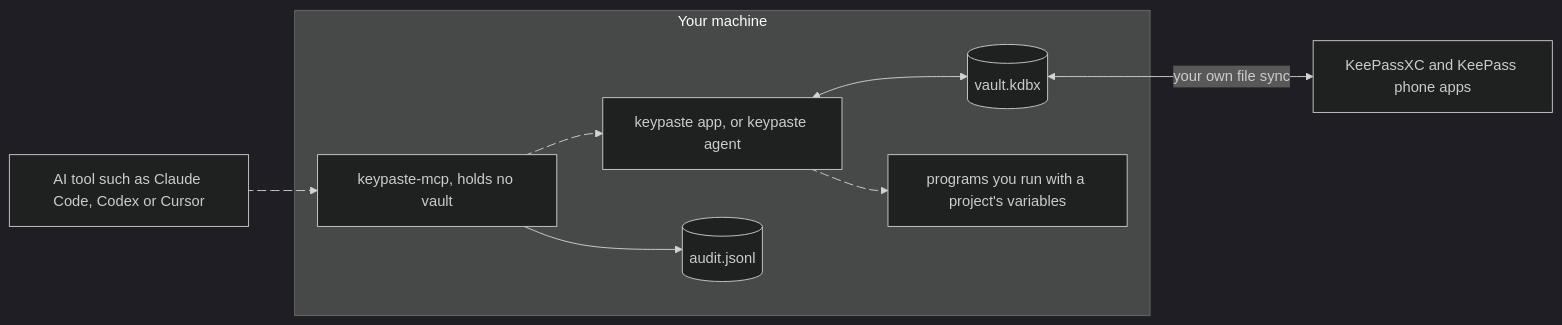
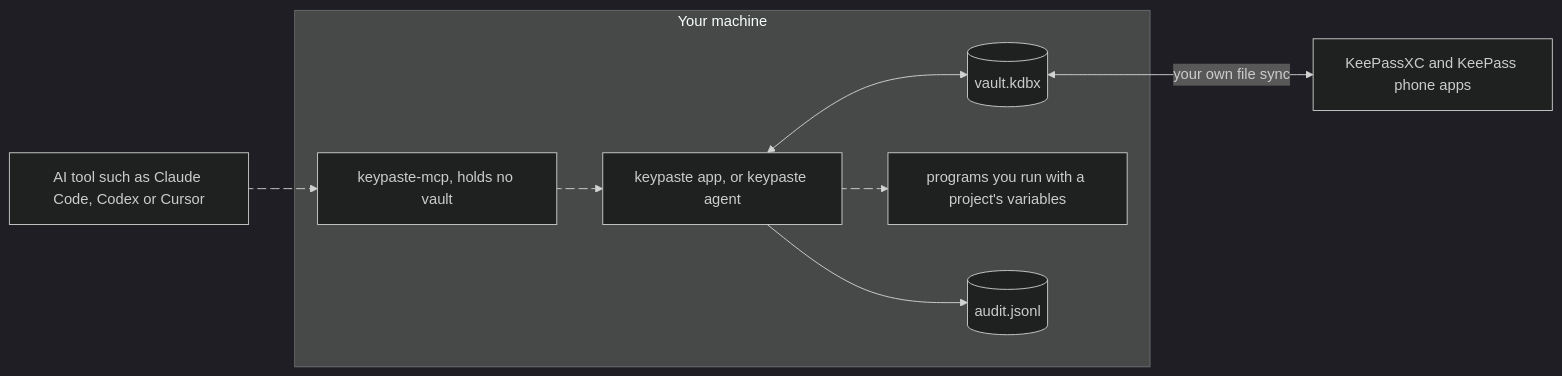
Before and after one commit to notinferred/keypaste: the first of 3 diagrams in site/web/src/content/docs/how-it-works/index.mdx, drawn with Mermaid (dark theme). The commit also changed other lines of this file and 92 other files, not shown here.

````diff
--- a/site/web/src/content/docs/how-it-works/index.mdx
+++ b/site/web/src/content/docs/how-it-works/index.mdx
@@ -10,19 +10,19 @@
 ```mermaid
 flowchart LR
   subgraph machine["Your machine"]
     vault[("vault.kdbx")]
     owner["keypaste app, or keypaste agent"]
     bridge["keypaste-mcp, holds no vault"]
     child["programs you run with a project's variables"]
     log[("audit.jsonl")]
   end
   ai["AI tool such as Claude Code, Codex or Cursor"] e1@--> bridge
   bridge e2@--> owner
   owner <--> vault
   owner e3@--> child
-  bridge --> log
+  owner --> log
   vault <-->|your own file sync| other["KeePassXC and KeePass phone apps"]
   e1@{ animate: true }
   e2@{ animate: true }
   e3@{ animate: true }
 ```
````
